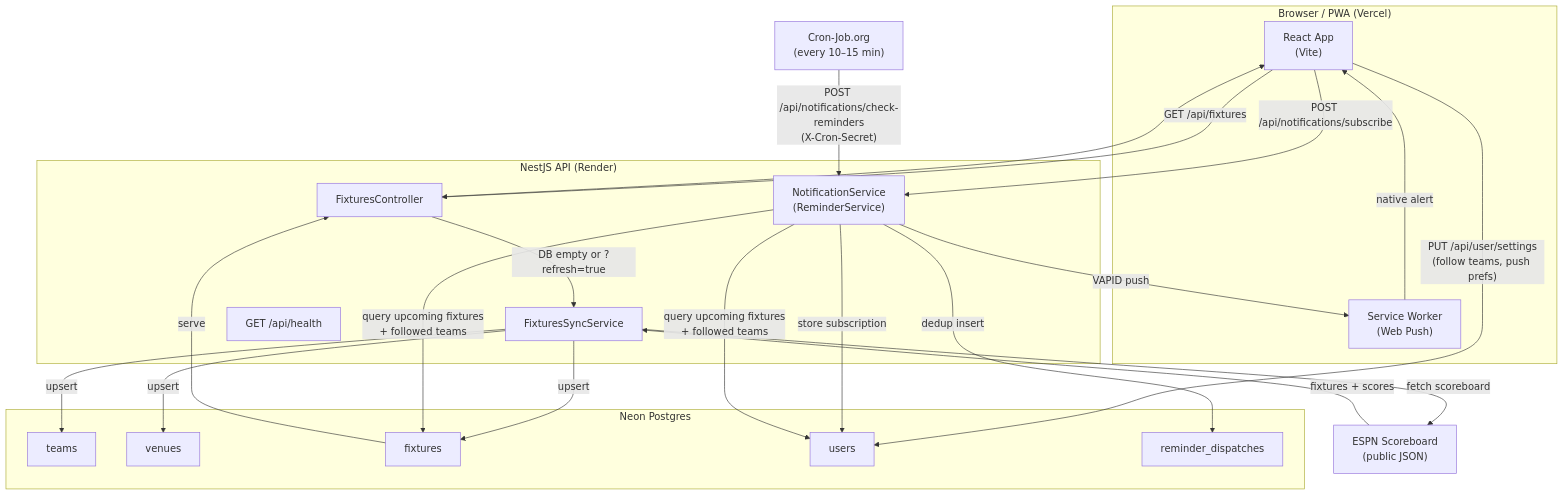
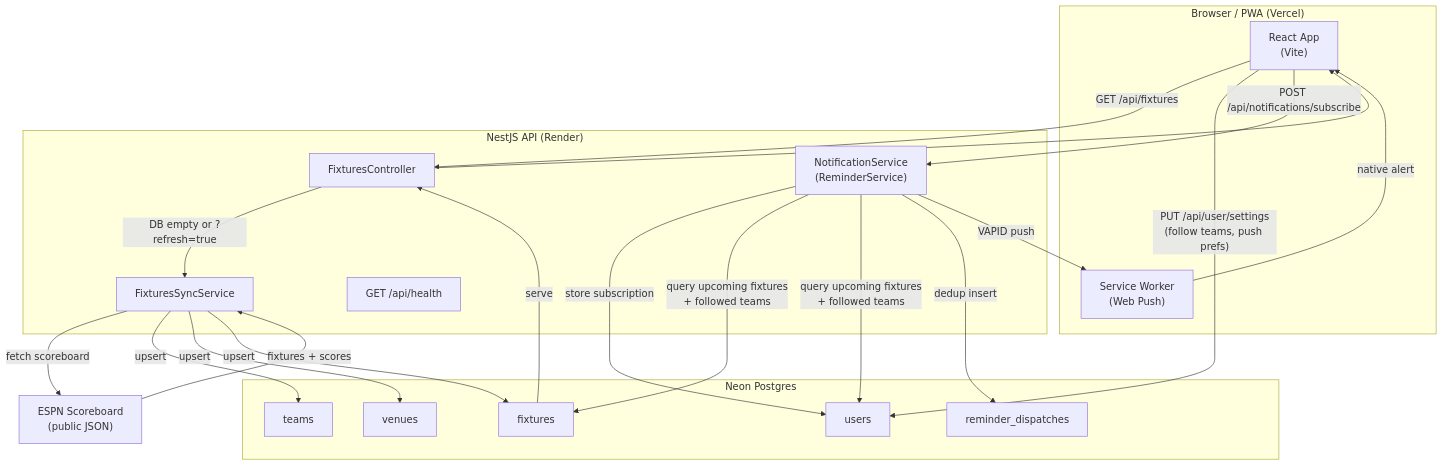
The diagram in README.md (akhileshnr1998/fifa-personal-tracker), drawn with Mermaid before and after one commit. The commit also changed other lines of this file and 13 other files, not shown here.

````diff
--- a/README.md
+++ b/README.md
@@ -106,42 +104,39 @@
 ```mermaid
 flowchart TD
     subgraph Client["Browser / PWA (Vercel)"]
         UI["React App\n(Vite)"]
         SW["Service Worker\n(Web Push)"]
     end
 
     subgraph API["NestJS API (Render)"]
         FC["FixturesController"]
         FS["FixturesSyncService"]
         NS["NotificationService\n(ReminderService)"]
         HE["GET /api/health"]
     end
 
     subgraph DB["Neon Postgres"]
         T["teams"]
         V["venues"]
         FX["fixtures"]
         U["users"]
         RD["reminder_dispatches"]
     end
 
     ESPN["ESPN Scoreboard\n(public JSON)"]
-    CRON["Cron-Job.org\n(every 10–15 min)"]
 
     UI -- "GET /api/fixtures" --> FC
     FC -- "DB empty or ?refresh=true" --> FS
     FS -- "fetch scoreboard" --> ESPN
     ESPN -- "fixtures + scores" --> FS
     FS -- "upsert" --> T & V & FX
     FX -- "serve" --> FC --> UI
 
     UI -- "PUT /api/user/settings\n(follow teams, push prefs)" --> U
     UI -- "POST /api/notifications/subscribe" --> NS
     NS -- "store subscription" --> U
-
-    CRON -- "POST /api/notifications/check-reminders\n(X-Cron-Secret)" --> NS
     NS -- "query upcoming fixtures\n+ followed teams" --> FX & U
     NS -- "dedup insert" --> RD
     NS -- "VAPID push" --> SW
     SW -- "native alert" --> UI
 ```
````
